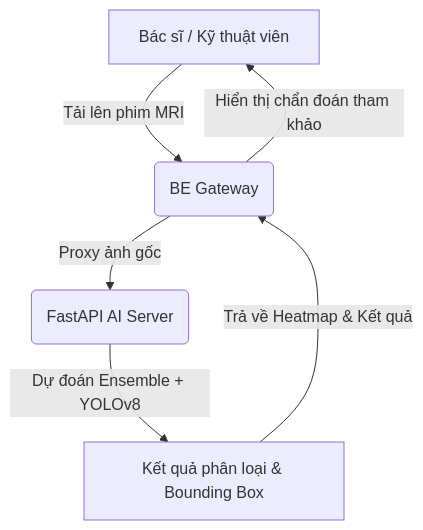
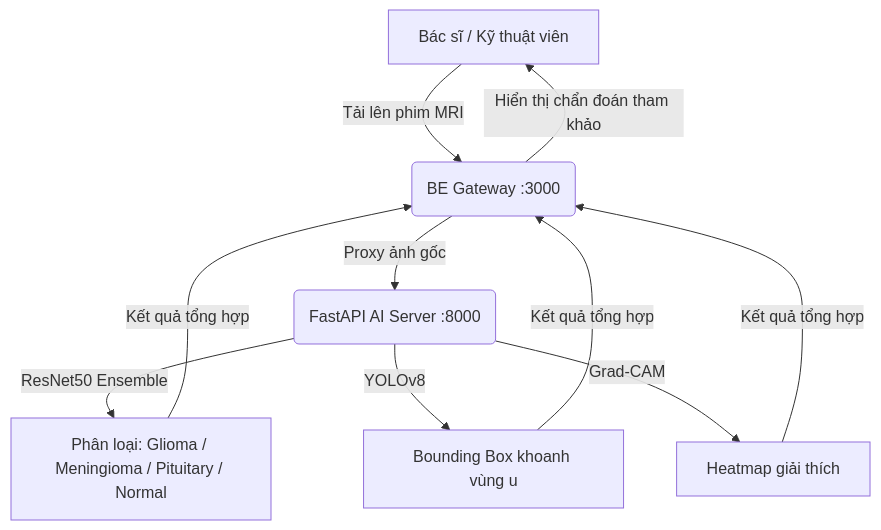
One commit to ntthanh2357/mri changed the diagram in README.md. Above: the diagram before and after it, drawn with Mermaid. The commit also changed other lines of this file and 90 other files, not shown here.

````diff
--- a/README.md
+++ b/README.md
@@ -89,8 +278,10 @@
 ```mermaid
 graph TD
-    A[Bác sĩ / Kỹ thuật viên] -->|Tải lên phim MRI| B(BE Gateway)
-    B -->|Proxy ảnh gốc| C(FastAPI AI Server)
-    C -->|Dự đoán Ensemble + YOLOv8| D[Kết quả phân loại & Bounding Box]
-    D -->|Trả về Heatmap & Kết quả| B
+    A[Bác sĩ / Kỹ thuật viên] -->|Tải lên phim MRI| B(BE Gateway :3000)
+    B -->|Proxy ảnh gốc| C(FastAPI AI Server :8000)
+    C -->|ResNet50 Ensemble| D[Phân loại: Glioma / Meningioma / Pituitary / Normal]
+    C -->|YOLOv8| E[Bounding Box khoanh vùng u]
+    C -->|Grad-CAM| F[Heatmap giải thích]
+    D & E & F -->|Kết quả tổng hợp| B
     B -->|Hiển thị chẩn đoán tham khảo| A
 ```
````
